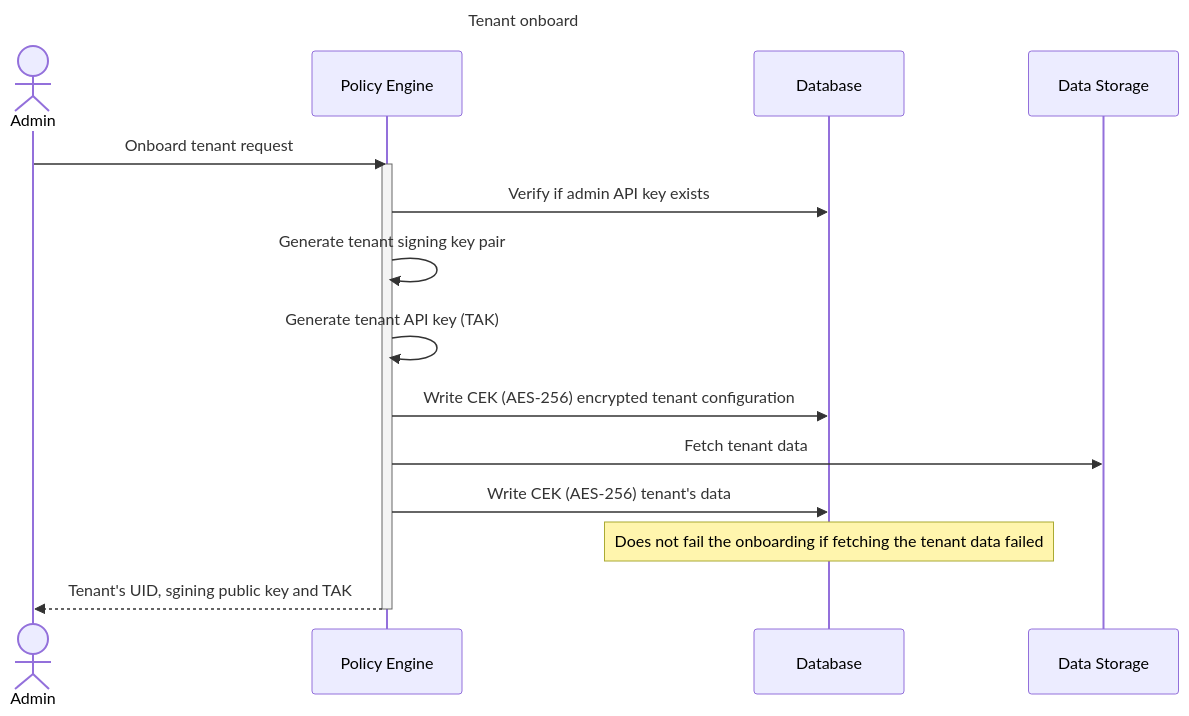
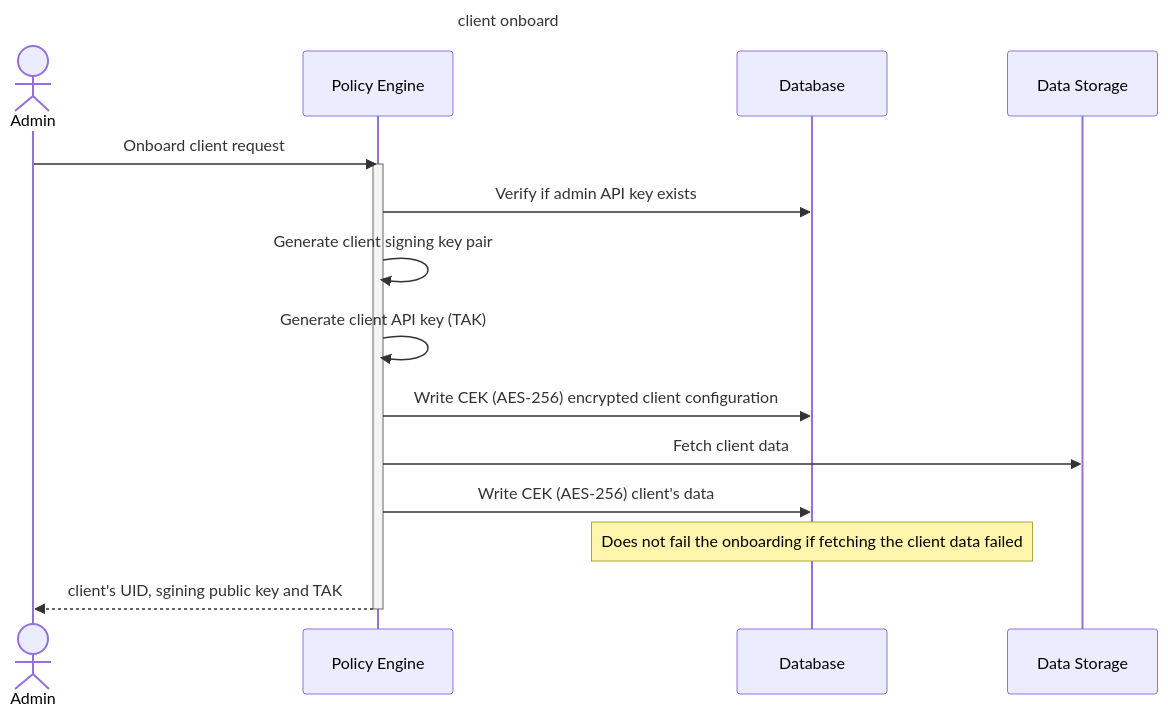
Before and after one commit to narval-xyz/armory: the fourth of 5 diagrams in apps/docs/docs/contributing/policy-engine-setup.md, drawn with Mermaid. The commit also changed other lines of this file and 20 other files, not shown here.

Commit message:
Rename tenant to client in the policy engine

````diff
--- a/apps/docs/docs/contributing/policy-engine-setup.md
+++ b/apps/docs/docs/contributing/policy-engine-setup.md
@@ -109,21 +109,21 @@
 ```mermaid
 sequenceDiagram
-  title Tenant onboard
+  title client onboard
 
   actor Admin
   participant Engine as Policy Engine
   participant DB as Database
   participant DS as Data Storage
 
-  Admin ->> Engine: Onboard tenant request
+  Admin ->> Engine: Onboard client request
   activate Engine
   Engine ->> DB: Verify if admin API key exists
-  Engine ->> Engine: Generate tenant signing key pair
-  Engine ->> Engine: Generate tenant API key (TAK)
-  Engine ->> DB: Write CEK (AES-256) encrypted tenant configuration
-  Engine ->> DS: Fetch tenant data
-  Engine ->> DB: Write CEK (AES-256) tenant's data
-  Note over DB: Does not fail the onboarding if fetching the tenant data failed
-  Engine -->> Admin: Tenant's UID, sgining public key and TAK
+  Engine ->> Engine: Generate client signing key pair
+  Engine ->> Engine: Generate client API key (TAK)
+  Engine ->> DB: Write CEK (AES-256) encrypted client configuration
+  Engine ->> DS: Fetch client data
+  Engine ->> DB: Write CEK (AES-256) client's data
+  Note over DB: Does not fail the onboarding if fetching the client data failed
+  Engine -->> Admin: client's UID, sgining public key and TAK
   deactivate Engine
 ```
````
